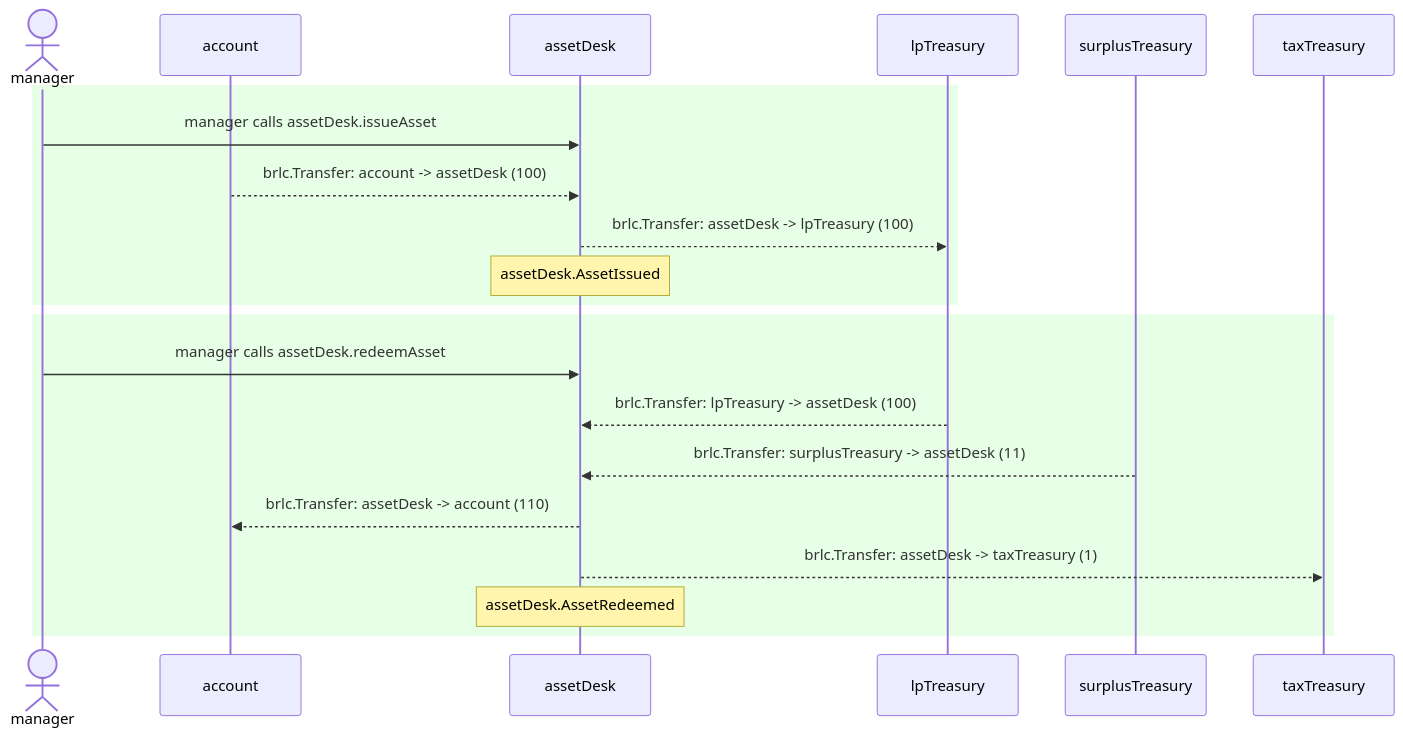
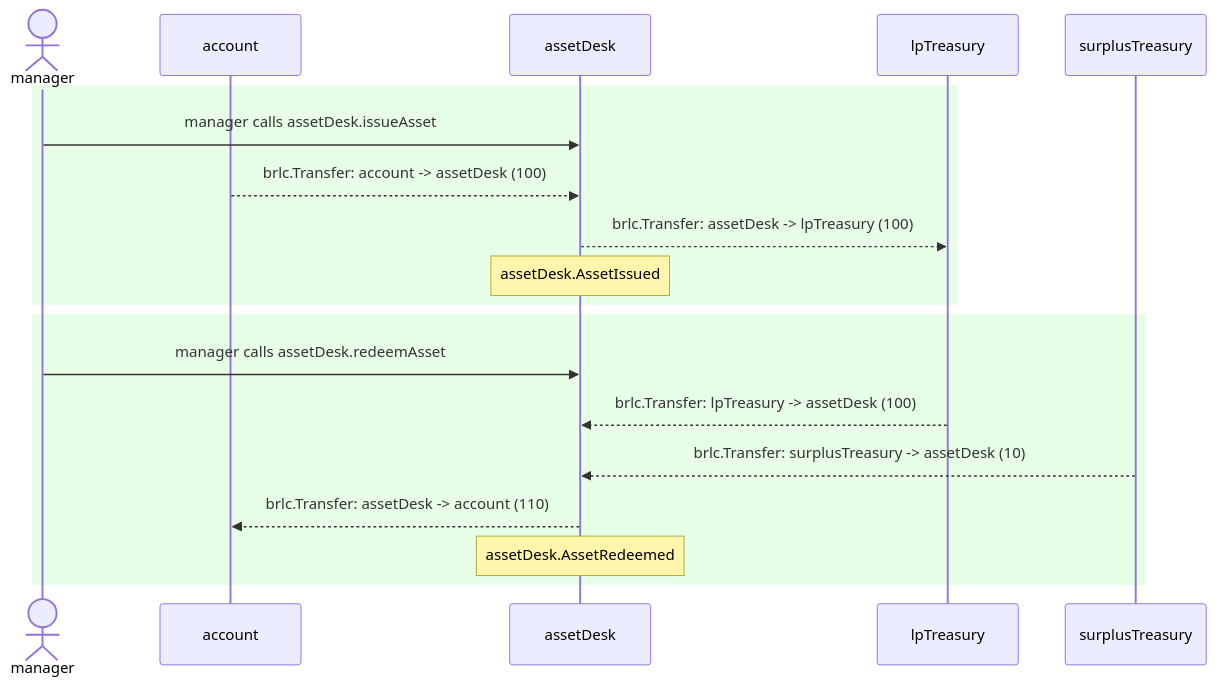
One commit to cloudwalk/brlc-asset-transit-desk changed the diagram in test/__snapshots__humans__/AssetDesk.test.md. Above: the diagram before and after it, drawn with Mermaid. The commit also changed other lines of this file and 5 other files, not shown here.

````diff
--- a/test/__snapshots__humans__/AssetDesk.test.md
+++ b/test/__snapshots__humans__/AssetDesk.test.md
@@ -10,23 +10,21 @@
 ```mermaid
 sequenceDiagram
   actor manager
   participant account
   participant assetDesk
   participant lpTreasury
   participant surplusTreasury
-  participant taxTreasury
   rect rgb(230,255,230)
     manager->>assetDesk: manager calls assetDesk.issueAsset
     account-->>assetDesk: brlc.Transfer: account -> assetDesk (100)
     assetDesk-->>lpTreasury: brlc.Transfer: assetDesk -> lpTreasury (100)
     Note over assetDesk: assetDesk.AssetIssued
   end
   rect rgb(230,255,230)
     manager->>assetDesk: manager calls assetDesk.redeemAsset
     lpTreasury-->>assetDesk: brlc.Transfer: lpTreasury -> assetDesk (100)
-    surplusTreasury-->>assetDesk: brlc.Transfer: surplusTreasury -> assetDesk (11)
+    surplusTreasury-->>assetDesk: brlc.Transfer: surplusTreasury -> assetDesk (10)
     assetDesk-->>account: brlc.Transfer: assetDesk -> account (110)
-    assetDesk-->>taxTreasury: brlc.Transfer: assetDesk -> taxTreasury (1)
     Note over assetDesk: assetDesk.AssetRedeemed
   end
 ```
````
